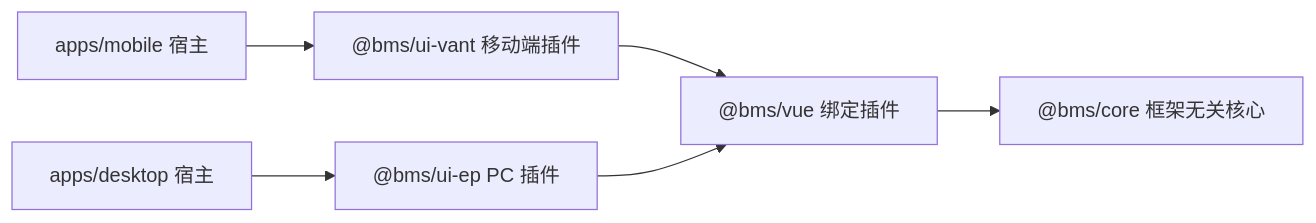
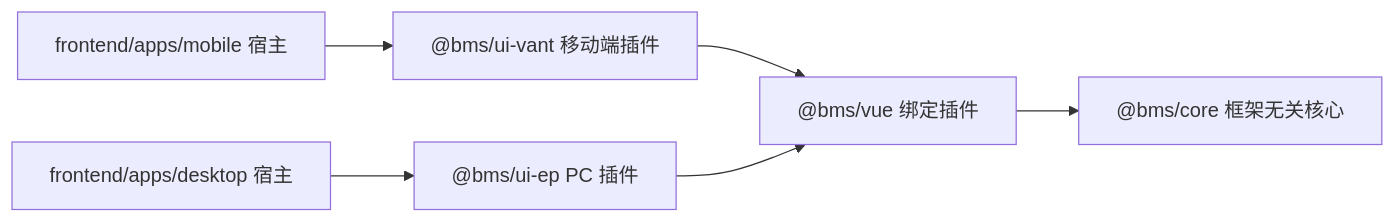
The diagram in bms文档/项目/04_前端组件库/任务/02_基础组件类/02_基础组件类_07_框架无关核心重构/设计/01_详细设计_S4_ui-vant插件与移动端收口.md (minjian123/basic-management-system), drawn with Mermaid before and after one commit. The commit also changed other lines of this file and 134 other files, not shown here.

````diff
--- a/bms文档/项目/04_前端组件库/任务/02_基础组件类/02_基础组件类_07_框架无关核心重构/设计/01_详细设计_S4_ui-vant插件与移动端收口.md
+++ b/bms文档/项目/04_前端组件库/任务/02_基础组件类/02_基础组件类_07_框架无关核心重构/设计/01_详细设计_S4_ui-vant插件与移动端收口.md
@@ -13,8 +13,8 @@
 ```mermaid
 flowchart LR
-    M["apps/mobile 宿主"] --> V["@bms/ui-vant 移动端插件"]
-    D["apps/desktop 宿主"] --> E["@bms/ui-ep PC 插件"]
+    M["frontend/apps/mobile 宿主"] --> V["@bms/ui-vant 移动端插件"]
+    D["frontend/apps/desktop 宿主"] --> E["@bms/ui-ep PC 插件"]
     V --> B["@bms/vue 绑定插件"]
     E --> B
     B --> C["@bms/core 框架无关核心"]
 ```
````
